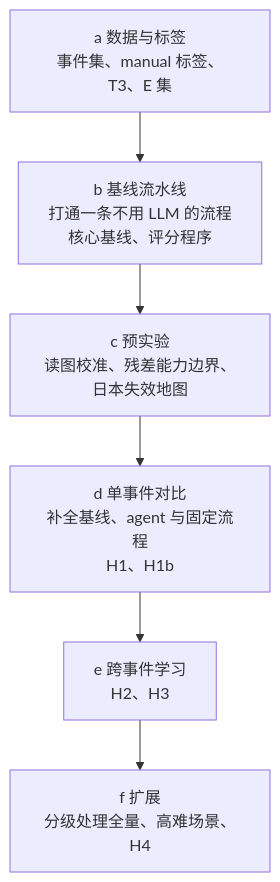
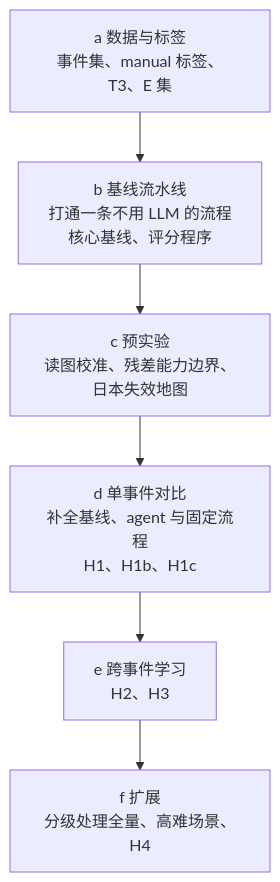
Before and after one commit to liufeng2317/SeismoAgent-bench: the first of 10 diagrams in RSI_phasepicking/docs/design.md, drawn with Mermaid. The commit also changed other lines of this file and 3 other files, not shown here.

````diff
--- a/RSI_phasepicking/docs/design.md
+++ b/RSI_phasepicking/docs/design.md
@@ -70,8 +71,8 @@
 ```mermaid
 flowchart TD
     A["a 数据与标签<br/>事件集、manual 标签、T3、E 集"] --> B["b 基线流水线<br/>打通一条不用 LLM 的流程<br/>核心基线、评分程序"]
     B --> C["c 预实验<br/>读图校准、残差能力边界、日本失效地图"]
-    C --> D["d 单事件对比<br/>补全基线、agent 与固定流程<br/>H1、H1b"]
+    C --> D["d 单事件对比<br/>补全基线、agent 与固定流程<br/>H1、H1b、H1c"]
     D --> E["e 跨事件学习<br/>H2、H3"]
     E --> F["f 扩展<br/>分级处理全量、高难场景、H4"]
 ```
````
